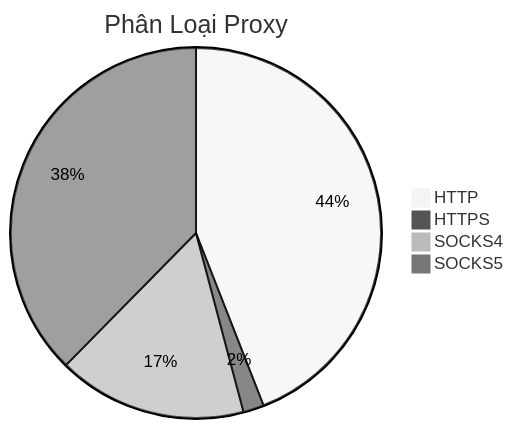
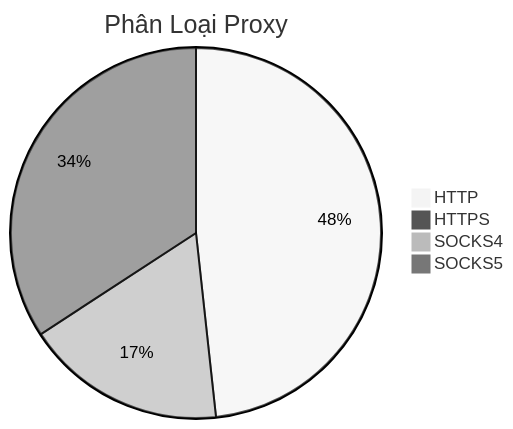
The diagram in README.md (Ciara-Aa/PROXY-free), drawn with Mermaid (neutral theme) before and after one commit. The commit also changed other lines of this file and 4 other files, not shown here.

````diff
--- a/README.md
+++ b/README.md
@@ -26,7 +26,7 @@
 ```mermaid
 pie title Phân Loại Proxy
-    "HTTP" : 267
-    "HTTPS" : 11
-    "SOCKS4" : 100
-    "SOCKS5" : 228
+    "HTTP" : 336
+    "HTTPS" : 5
+    "SOCKS4" : 122
+    "SOCKS5" : 238
 ```
````
